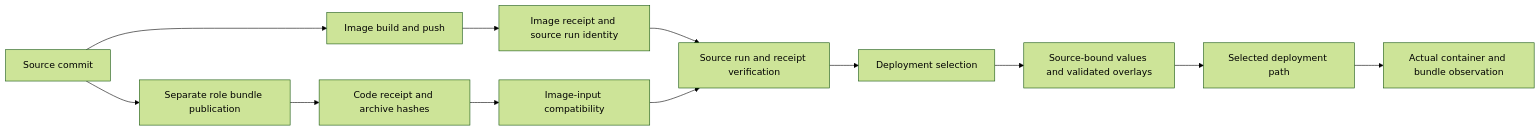
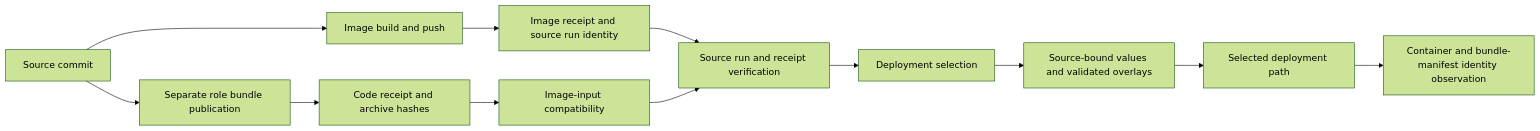
The diagram in docs/site/reference/images-and-digests.md (datrab/kubeclaw), drawn with Mermaid (forest theme) before and after one commit. The commit also changed other lines of this file and 6 other files, not shown here.

````diff
--- a/docs/site/reference/images-and-digests.md
+++ b/docs/site/reference/images-and-digests.md
@@ -97,14 +102,14 @@
 ```mermaid
 flowchart LR
   Source[Source commit] --> Build[Image build and push]
   Build --> ImageReceipt[Image receipt and source run identity]
   Source --> Bundles[Separate role bundle publication]
   Bundles --> CodeReceipt[Code receipt and archive hashes]
   ImageReceipt --> Verify[Source run and receipt verification]
   CodeReceipt --> Compatible[Image-input compatibility]
   Compatible --> Verify
   Verify --> Select[Deployment selection]
   Select --> Values[Source-bound values and validated overlays]
   Values --> Deploy[Selected deployment path]
-  Deploy --> Observe[Actual container and bundle observation]
+  Deploy --> Observe[Container and bundle-manifest identity observation]
 ```
````
